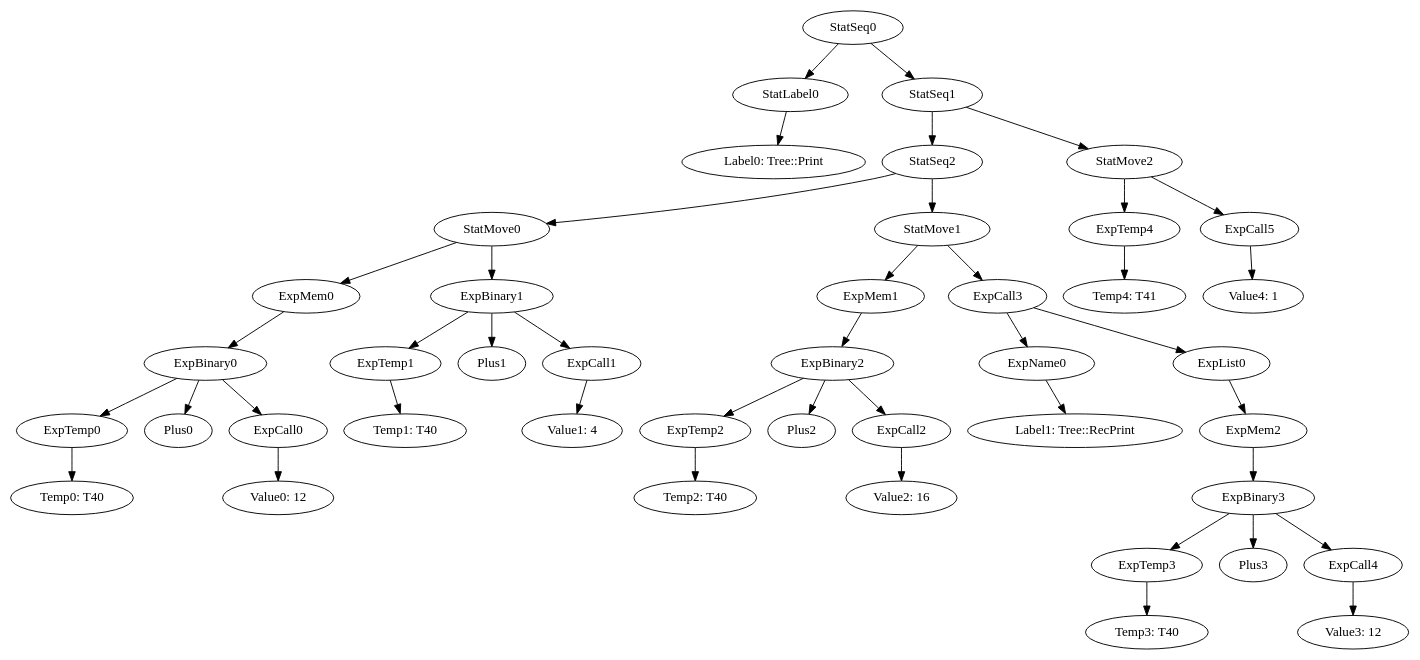
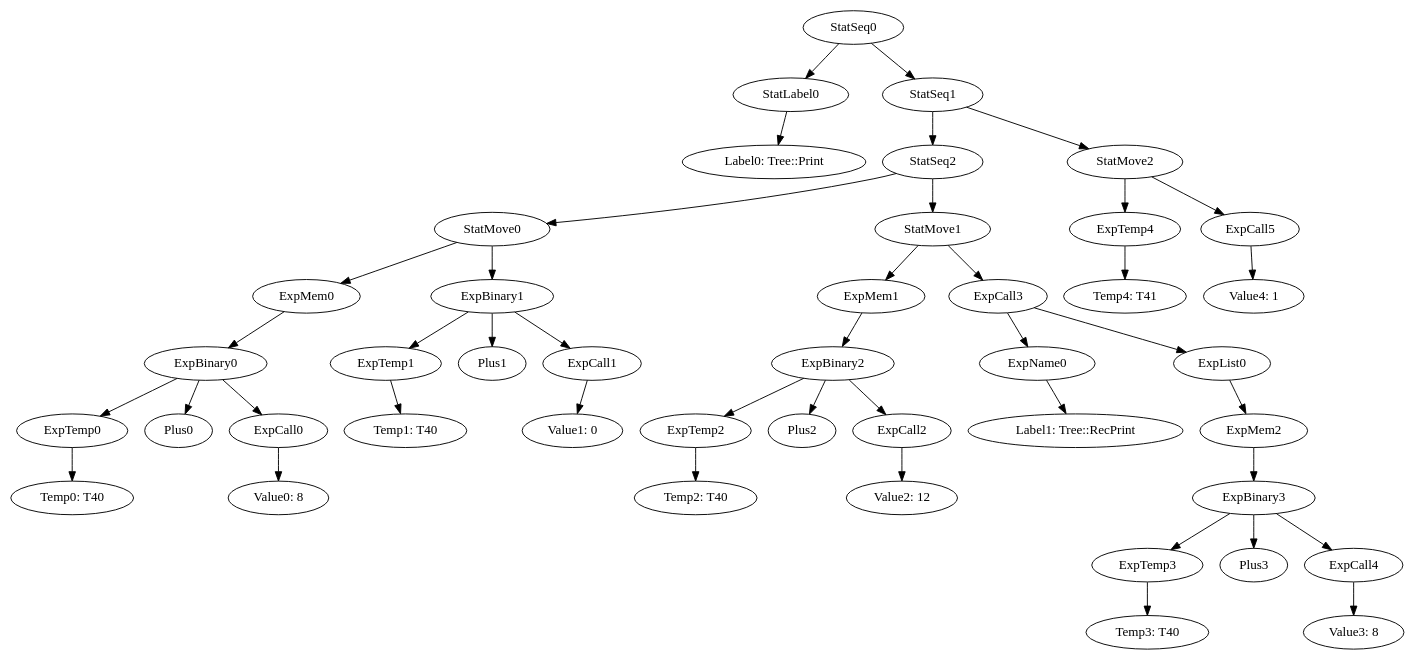
Before and after one commit to team-compilers/compilers: the diagram in MiniJava/results/SamplesCorrect/TreeVisitor/irt_Tree::Print.gv, drawn with Graphviz. The commit also changed 168 other files, not shown here.

```diff
--- a/MiniJava/results/SamplesCorrect/TreeVisitor/irt_Tree::Print.gv
+++ b/MiniJava/results/SamplesCorrect/TreeVisitor/irt_Tree::Print.gv
@@ -1,45 +1,45 @@
 digraph {
 	ordering = out;
 	StatMove2 -> ExpTemp4;
 	StatMove2 -> ExpCall5;
 	ExpTemp4 -> "Temp4: T41";
 	StatSeq1 -> StatSeq2;
 	StatSeq1 -> StatMove2;
 	ExpList0 -> ExpMem2;
 	ExpBinary1 -> ExpTemp1;
 	ExpBinary1 -> Plus1;
 	ExpBinary1 -> ExpCall1;
 	ExpMem0 -> ExpBinary0;
 	ExpBinary2 -> ExpTemp2;
 	ExpBinary2 -> Plus2;
 	ExpBinary2 -> ExpCall2;
 	StatLabel0 -> "Label0: Tree::Print";
 	ExpTemp1 -> "Temp1: T40";
 	ExpCall3 -> ExpName0;
 	ExpCall3 -> ExpList0;
 	StatSeq0 -> StatLabel0;
 	StatSeq0 -> StatSeq1;
 	ExpTemp3 -> "Temp3: T40";
 	ExpTemp0 -> "Temp0: T40";
 	ExpBinary3 -> ExpTemp3;
 	ExpBinary3 -> Plus3;
 	ExpBinary3 -> ExpCall4;
-	ExpCall0 -> "Value0: 12";
+	ExpCall0 -> "Value0: 8";
 	ExpMem2 -> ExpBinary3;
-	ExpCall1 -> "Value1: 4";
+	ExpCall1 -> "Value1: 0";
 	StatMove0 -> ExpMem0;
 	StatMove0 -> ExpBinary1;
-	ExpCall2 -> "Value2: 16";
+	ExpCall2 -> "Value2: 12";
 	ExpBinary0 -> ExpTemp0;
 	ExpBinary0 -> Plus0;
 	ExpBinary0 -> ExpCall0;
 	StatSeq2 -> StatMove0;
 	StatSeq2 -> StatMove1;
 	ExpTemp2 -> "Temp2: T40";
 	ExpMem1 -> ExpBinary2;
 	StatMove1 -> ExpMem1;
 	StatMove1 -> ExpCall3;
 	ExpName0 -> "Label1: Tree::RecPrint";
 	ExpCall5 -> "Value4: 1";
-	ExpCall4 -> "Value3: 12";
+	ExpCall4 -> "Value3: 8";
 }
```
